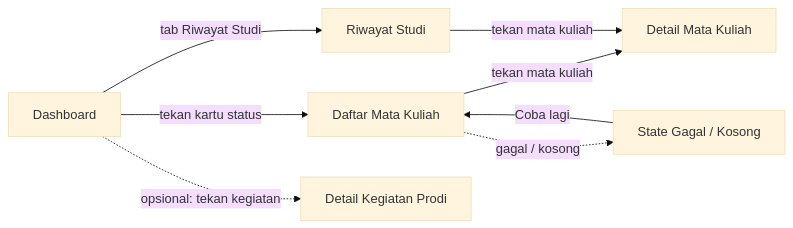
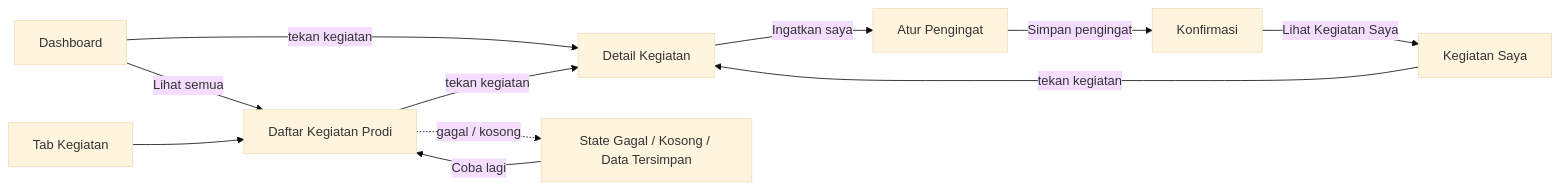
The diagram in PRD.md (kurirmandalika/myumm-drilldown), drawn with Mermaid (base theme) before and after one commit. The commit also changed other lines of this file, not shown here.

Commit message:
docs: PRD v2 fokus jadwal kegiatan prodi

````diff
--- a/PRD.md
+++ b/PRD.md
@@ -89,10 +99,13 @@
 ```mermaid
 flowchart LR
-  A[Dashboard] -->|tekan kartu status| B[Daftar Mata Kuliah]
-  A -->|tab Riwayat Studi| D[Riwayat Studi]
-  B -->|tekan mata kuliah| C[Detail Mata Kuliah]
-  D -->|tekan mata kuliah| C
-  B -.->|gagal / kosong| E[State Gagal / Kosong]
-  E -->|Coba lagi| B
-  A -.->|opsional: tekan kegiatan| F[Detail Kegiatan Prodi]
+  A[Dashboard] -->|Lihat semua| B[Daftar Kegiatan Prodi]
+  A -->|tekan kegiatan| C[Detail Kegiatan]
+  N[Tab Kegiatan] --> B
+  B -->|tekan kegiatan| C
+  C -->|Ingatkan saya| D[Atur Pengingat]
+  D -->|Simpan pengingat| E[Konfirmasi]
+  E -->|Lihat Kegiatan Saya| F[Kegiatan Saya]
+  F -->|tekan kegiatan| C
+  B -.->|gagal / kosong| G[State Gagal / Kosong / Data Tersimpan]
+  G -->|Coba lagi| B
 ```
````
